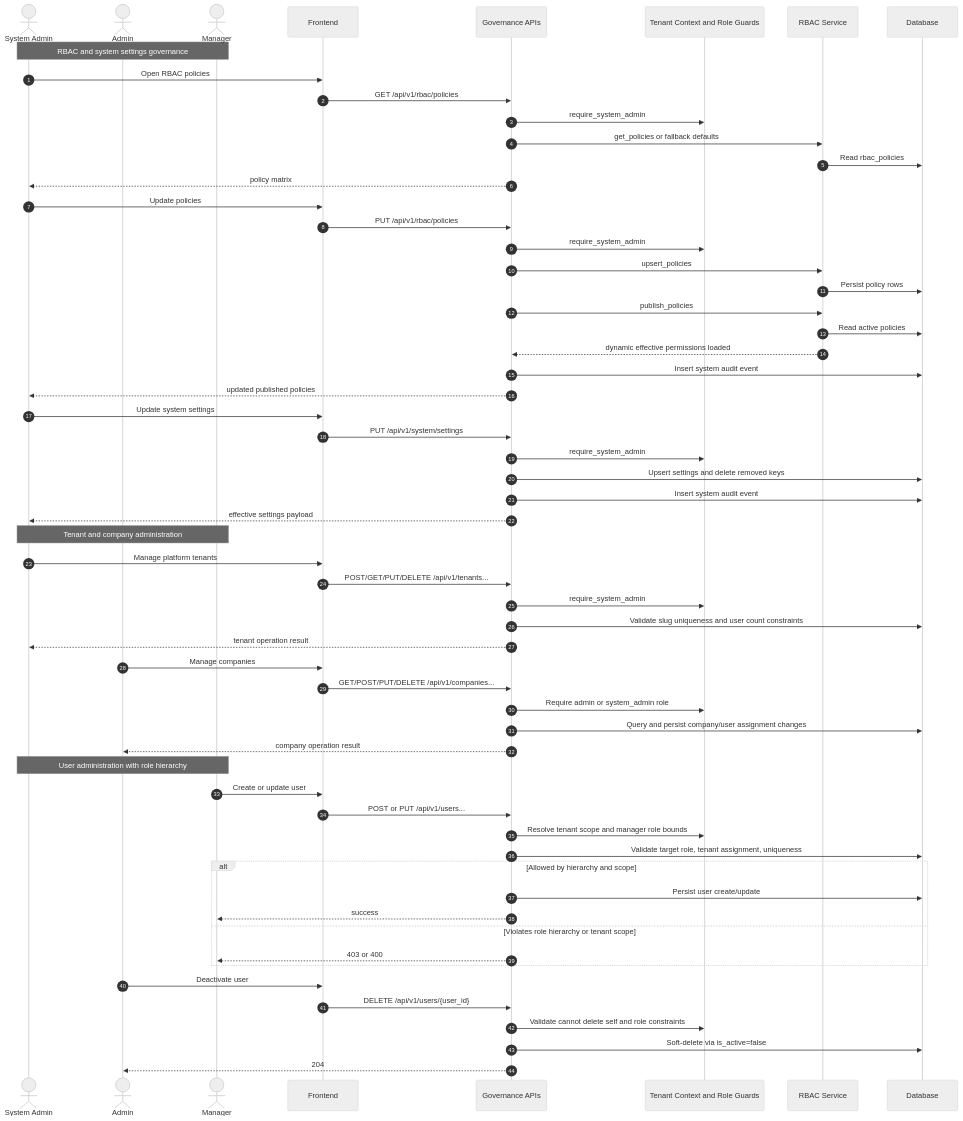
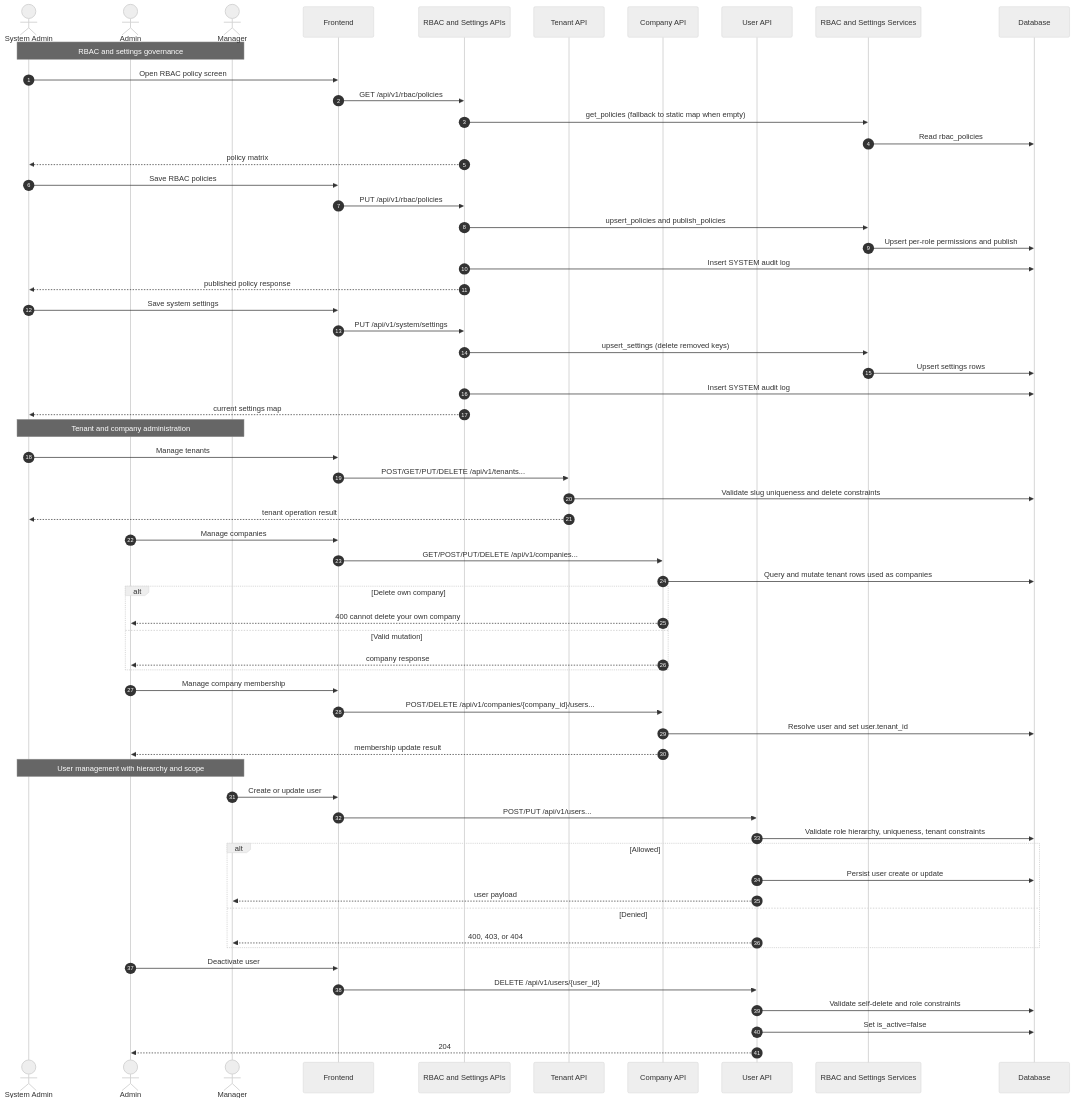
One commit to Yogevso/finale_project changed the third of 3 diagrams in diagrams/phases/P1_GOVERNANCE_SETUP/SEQUENCE.md. Above: the diagram before and after it, drawn with Mermaid (neutral theme). The commit also changed other lines of this file and 23 other files, not shown here.

Commit message:
chore: update phase diagrams and frontend artifacts

````diff
--- a/diagrams/phases/P1_GOVERNANCE_SETUP/SEQUENCE.md
+++ b/diagrams/phases/P1_GOVERNANCE_SETUP/SEQUENCE.md
@@ -163,69 +180,72 @@
 ```mermaid
 sequenceDiagram
     autonumber
     actor SysAdmin as System Admin
     actor Admin as Admin
     actor Manager as Manager
     participant FE as Frontend
-    participant API as Governance APIs
-    participant TENANT as Tenant Context and Role Guards
-    participant RBAC as RBAC Service
+    participant GOV as RBAC and Settings APIs
+    participant TEN as Tenant API
+    participant COM as Company API
+    participant USR as User API
+    participant SVC as RBAC and Settings Services
     participant DB as Database
 
-    Note over SysAdmin,Manager: RBAC and system settings governance
-    SysAdmin->>FE: Open RBAC policies
-    FE->>API: GET /api/v1/rbac/policies
-    API->>TENANT: require_system_admin
-    API->>RBAC: get_policies or fallback defaults
-    RBAC->>DB: Read rbac_policies
-    API-->>SysAdmin: policy matrix
+    Note over SysAdmin,Manager: RBAC and settings governance
+    SysAdmin->>FE: Open RBAC policy screen
+    FE->>GOV: GET /api/v1/rbac/policies
+    GOV->>SVC: get_policies (fallback to static map when empty)
+    SVC->>DB: Read rbac_policies
+    GOV-->>SysAdmin: policy matrix
 
-    SysAdmin->>FE: Update policies
-    FE->>API: PUT /api/v1/rbac/policies
-    API->>TENANT: require_system_admin
-    API->>RBAC: upsert_policies
-    RBAC->>DB: Persist policy rows
-    API->>RBAC: publish_policies
-    RBAC->>DB: Read active policies
-    RBAC-->>API: dynamic effective permissions loaded
-    API->>DB: Insert system audit event
-    API-->>SysAdmin: updated published policies
+    SysAdmin->>FE: Save RBAC policies
+    FE->>GOV: PUT /api/v1/rbac/policies
+    GOV->>SVC: upsert_policies and publish_policies
+    SVC->>DB: Upsert per-role permissions and publish
+    GOV->>DB: Insert SYSTEM audit log
+    GOV-->>SysAdmin: published policy response
 
-    SysAdmin->>FE: Update system settings
-    FE->>API: PUT /api/v1/system/settings
-    API->>TENANT: require_system_admin
-    API->>DB: Upsert settings and delete removed keys
-    API->>DB: Insert system audit event
-    API-->>SysAdmin: effective settings payload
+    SysAdmin->>FE: Save system settings
+    FE->>GOV: PUT /api/v1/system/settings
+    GOV->>SVC: upsert_settings (delete removed keys)
+    SVC->>DB: Upsert settings rows
+    GOV->>DB: Insert SYSTEM audit log
+    GOV-->>SysAdmin: current settings map
 
     Note over SysAdmin,Manager: Tenant and company administration
-    SysAdmin->>FE: Manage platform tenants
-    FE->>API: POST/GET/PUT/DELETE /api/v1/tenants...
-    API->>TENANT: require_system_admin
-    API->>DB: Validate slug uniqueness and user count constraints
-    API-->>SysAdmin: tenant operation result
+    SysAdmin->>FE: Manage tenants
+    FE->>TEN: POST/GET/PUT/DELETE /api/v1/tenants...
+    TEN->>DB: Validate slug uniqueness and delete constraints
+    TEN-->>SysAdmin: tenant operation result
 
     Admin->>FE: Manage companies
-    FE->>API: GET/POST/PUT/DELETE /api/v1/companies...
-    API->>TENANT: Require admin or system_admin role
-    API->>DB: Query and persist company/user assignment changes
-    API-->>Admin: company operation result
+    FE->>COM: GET/POST/PUT/DELETE /api/v1/companies...
+    COM->>DB: Query and mutate tenant rows used as companies
+    alt Delete own company
+        COM-->>Admin: 400 cannot delete your own company
+    else Valid mutation
+        COM-->>Admin: company response
+    end
 
-    Note over SysAdmin,Manager: User administration with role hierarchy
+    Admin->>FE: Manage company membership
+    FE->>COM: POST/DELETE /api/v1/companies/{company_id}/users...
+    COM->>DB: Resolve user and set user.tenant_id
+    COM-->>Admin: membership update result
+
+    Note over SysAdmin,Manager: User management with hierarchy and scope
     Manager->>FE: Create or update user
-    FE->>API: POST or PUT /api/v1/users...
-    API->>TENANT: Resolve tenant scope and manager role bounds
-    API->>DB: Validate target role, tenant assignment, uniqueness
-    alt Allowed by hierarchy and scope
-        API->>DB: Persist user create/update
-        API-->>Manager: success
-    else Violates role hierarchy or tenant scope
-        API-->>Manager: 403 or 400
+    FE->>USR: POST/PUT /api/v1/users...
+    USR->>DB: Validate role hierarchy, uniqueness, tenant constraints
+    alt Allowed
+        USR->>DB: Persist user create or update
+        USR-->>Manager: user payload
+    else Denied
+        USR-->>Manager: 400, 403, or 404
     end
 
     Admin->>FE: Deactivate user
-    FE->>API: DELETE /api/v1/users/{user_id}
-    API->>TENANT: Validate cannot delete self and role constraints
-    API->>DB: Soft-delete via is_active=false
-    API-->>Admin: 204
+    FE->>USR: DELETE /api/v1/users/{user_id}
+    USR->>DB: Validate self-delete and role constraints
+    USR->>DB: Set is_active=false
+    USR-->>Admin: 204
 ```
````
